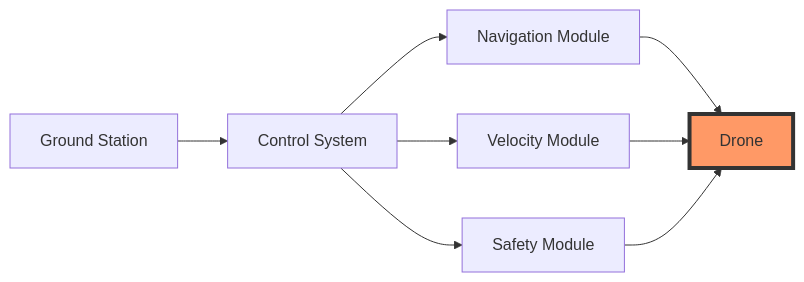
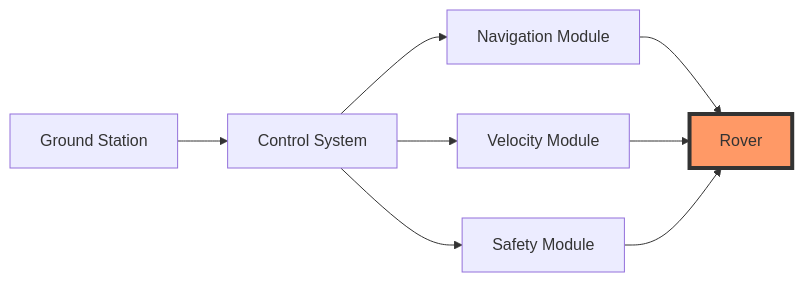
Before and after one commit to khairul-me/Autonomous-Rover-Control-System: the first of 5 diagrams in README.md, drawn with Mermaid.

Commit message:
README.md

````diff
--- a/README.md
+++ b/README.md
@@ -46,11 +46,11 @@
 ```mermaid
 graph LR
     A[Ground Station] --> B[Control System]
     B --> C[Navigation Module]
     B --> D[Velocity Module]
     B --> E[Safety Module]
-    C --> F[Drone]
+    C --> F[Rover]
     D --> F
     E --> F
     style F fill:#f96,stroke:#333,stroke-width:4px
 ```
````
